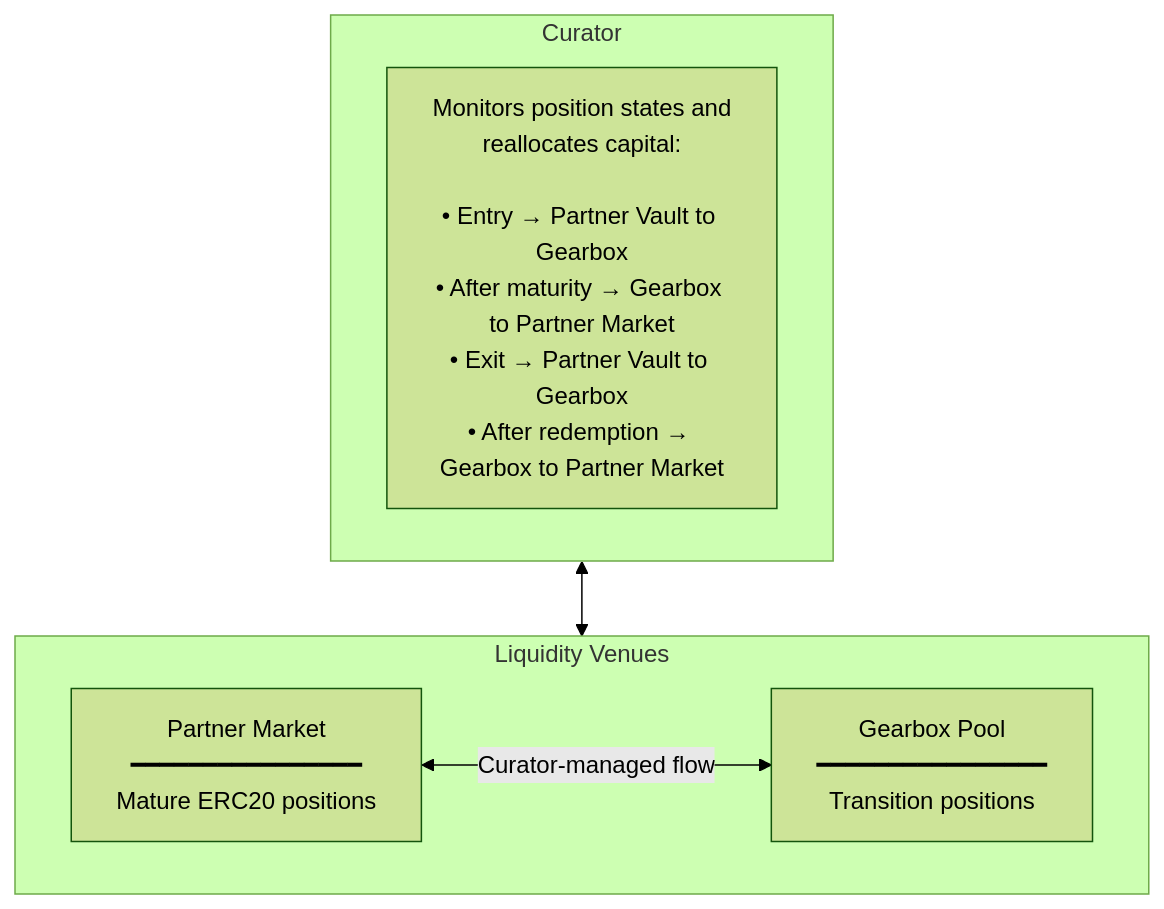
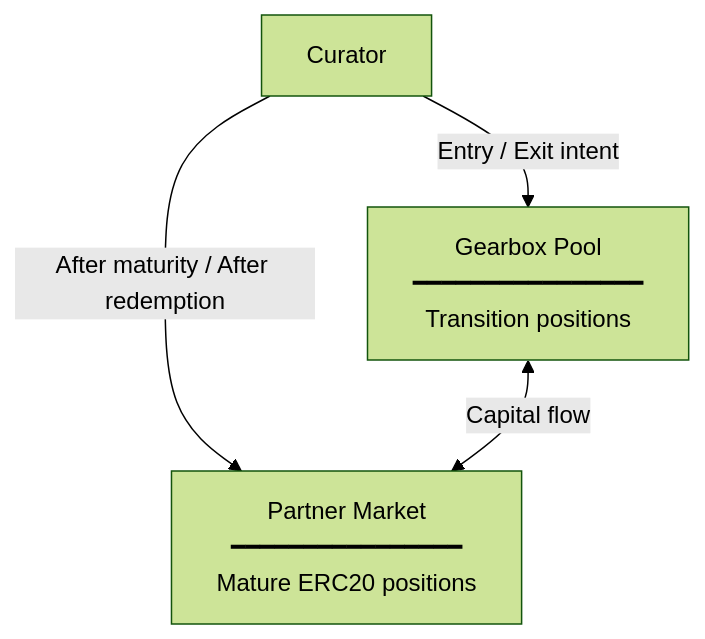
One commit to Gearbox-protocol/docs-knowledge changed the tenth of 10 diagrams in reference/usecase-faster-rwa-settlement-with-leverage.md. Above: the diagram before and after it, drawn with Mermaid (forest theme). The commit also changed other lines of this file, not shown here.

First line of the commit message:
docs: add capital-neutral migration concept and restructure Position Transfer section

````diff
--- a/reference/usecase-faster-rwa-settlement-with-leverage.md
+++ b/reference/usecase-faster-rwa-settlement-with-leverage.md
@@ -460,14 +445,6 @@
 ```mermaid
 flowchart TB
-    subgraph Curator["Curator"]
-        C["Monitors position states and<br/>reallocates capital:<br/><br/>• Entry → Partner Vault to Gearbox<br/>• After maturity → Gearbox to Partner Market<br/>• Exit → Partner Vault to Gearbox<br/>• After redemption → Gearbox to Partner Market"]
-    end
-    
-    subgraph Venues["Liquidity Venues"]
-        M["Partner Market<br/>━━━━━━━━━━━━━━━━<br/>Mature ERC20 positions"]
-        G["Gearbox Pool<br/>━━━━━━━━━━━━━━━━<br/>Transition positions"]
-    end
-    
-    Curator <--> Venues
-    M <-->|"Curator-managed flow"| G
+    C["Curator"] -->|"Entry / Exit intent"| G["Gearbox Pool<br/>━━━━━━━━━━━━━━━━<br/>Transition positions"]
+    C -->|"After maturity / After redemption"| M["Partner Market<br/>━━━━━━━━━━━━━━━━<br/>Mature ERC20 positions"]
+    G <-->|"Capital flow"| M
 ```
````
